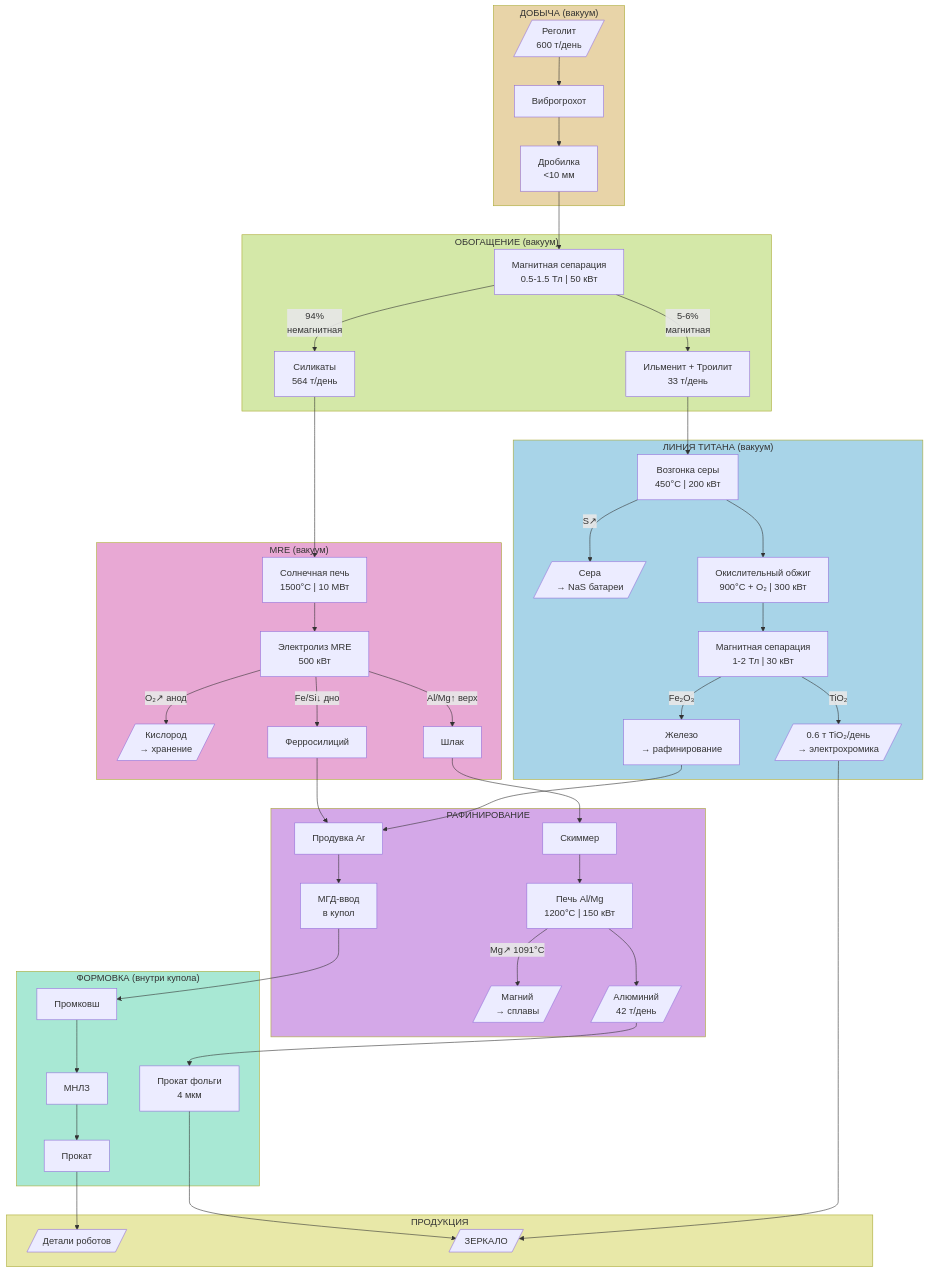
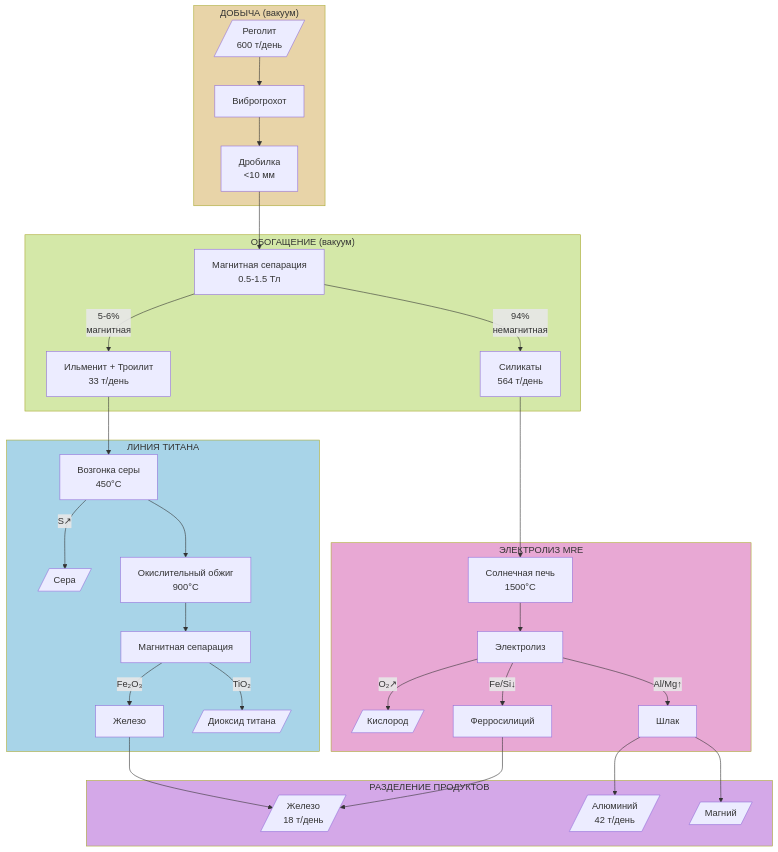
One commit to DmitryNasikanov/infinite-energy changed the diagram in ru/science/calculations/regolith-processing.qmd. Above: the diagram before and after it, drawn with Mermaid. The commit also changed other lines of this file, not shown here.

````diff
--- a/ru/science/calculations/regolith-processing.qmd
+++ b/ru/science/calculations/regolith-processing.qmd
@@ -260,57 +260,42 @@
 ```{mermaid}
 flowchart TD
     subgraph ДОБЫЧА["ДОБЫЧА (вакуум)"]
         R[/"Реголит<br/>600 т/день"/] --> VG["Виброгрохот"] --> JC["Дробилка<br/><10 мм"]
     end
 
     subgraph ОБОГАЩЕНИЕ["ОБОГАЩЕНИЕ (вакуум)"]
-        JC --> MS["Магнитная сепарация<br/>0.5-1.5 Тл | 50 кВт"]
+        JC --> MS["Магнитная сепарация<br/>0.5-1.5 Тл"]
         MS -->|"5-6%<br/>магнитная"| MF["Ильменит + Троилит<br/>33 т/день"]
         MS -->|"94%<br/>немагнитная"| NMF["Силикаты<br/>564 т/день"]
     end
 
-    subgraph Ti_LINE["ЛИНИЯ ТИТАНА (вакуум)"]
-        MF --> TS["Возгонка серы<br/>450°C | 200 кВт"]
-        TS -->|"S↗"| S_out[/"Сера<br/>→ NaS батареи"/]
-        TS --> OX["Окислительный обжиг<br/>900°C + O₂ | 300 кВт"]
-        OX --> SEP2["Магнитная сепарация<br/>1-2 Тл | 30 кВт"]
-        SEP2 -->|"Fe₂O₃"| Fe_back["Железо<br/>→ рафинирование"]
-        SEP2 -->|"TiO₂"| TiO2[/"0.6 т TiO₂/день<br/>→ электрохромика"/]
+    subgraph Ti_LINE["ЛИНИЯ ТИТАНА"]
+        MF --> TS["Возгонка серы<br/>450°C"]
+        TS -->|"S↗"| S_out[/"Сера"/]
+        TS --> OX["Окислительный обжиг<br/>900°C"]
+        OX --> SEP2["Магнитная сепарация"]
+        SEP2 -->|"Fe₂O₃"| Fe_back["Железо"]
+        SEP2 -->|"TiO₂"| TiO2[/"Диоксид титана"/]
     end
 
-    subgraph MRE_CELL["MRE (вакуум)"]
-        NMF --> SF["Солнечная печь<br/>1500°C | 10 МВт"]
-        SF --> EL["Электролиз MRE<br/>500 кВт"]
-        EL -->|"O₂↗ анод"| O2[/"Кислород<br/>→ хранение"/]
-        EL -->|"Fe/Si↓ дно"| FeSi["Ферросилиций"]
-        EL -->|"Al/Mg↑ верх"| AlMg["Шлак"]
+    subgraph MRE_CELL["ЭЛЕКТРОЛИЗ MRE"]
+        NMF --> SF["Солнечная печь<br/>1500°C"]
+        SF --> EL["Электролиз"]
+        EL -->|"O₂↗"| O2[/"Кислород"/]
+        EL -->|"Fe/Si↓"| FeSi["Ферросилиций"]
+        EL -->|"Al/Mg↑"| AlMg["Шлак"]
     end
 
-    subgraph РАФИНИРОВАНИЕ["РАФИНИРОВАНИЕ"]
-        FeSi --> RAF["Продувка Ar"]
-        Fe_back --> RAF
-        RAF --> MHD["МГД-ввод<br/>в купол"]
-        AlMg --> SKIM["Скиммер"] --> AlF["Печь Al/Mg<br/>1200°C | 150 кВт"]
-        AlF -->|"Mg↗ 1091°C"| Mg[/"Магний<br/>→ сплавы"/]
-        AlF --> Al[/"Алюминий<br/>42 т/день"/]
-    end
-
-    subgraph ФОРМОВКА["ФОРМОВКА (внутри купола)"]
-        MHD --> TUN["Промковш"] --> MNLZ["МНЛЗ"] --> ROLL["Прокат"]
-        Al --> FOIL["Прокат фольги<br/>4 мкм"]
-    end
-
-    subgraph ПРОДУКЦИЯ["ПРОДУКЦИЯ"]
-        ROLL --> ROBOT[/"Детали роботов"/]
-        FOIL --> MIRROR[/"ЗЕРКАЛО"/]
-        TiO2 --> MIRROR
+    subgraph РАЗДЕЛЕНИЕ["РАЗДЕЛЕНИЕ ПРОДУКТОВ"]
+        FeSi --> Fe[/"Железо<br/>18 т/день"/]
+        Fe_back --> Fe
+        AlMg --> Al[/"Алюминий<br/>42 т/день"/]
+        AlMg --> Mg[/"Магний"/]
     end
 
     style ДОБЫЧА fill:#e8d4a8
     style ОБОГАЩЕНИЕ fill:#d4e8a8
     style Ti_LINE fill:#a8d4e8
     style MRE_CELL fill:#e8a8d4
-    style РАФИНИРОВАНИЕ fill:#d4a8e8
-    style ФОРМОВКА fill:#a8e8d4
-    style ПРОДУКЦИЯ fill:#e8e8a8
+    style РАЗДЕЛЕНИЕ fill:#d4a8e8
 ```
````
